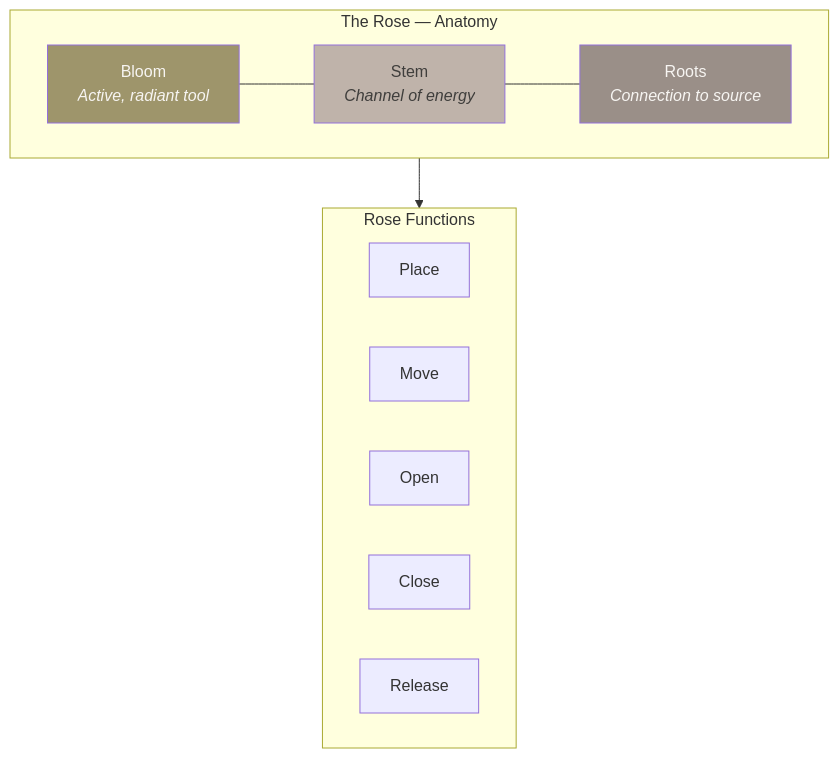
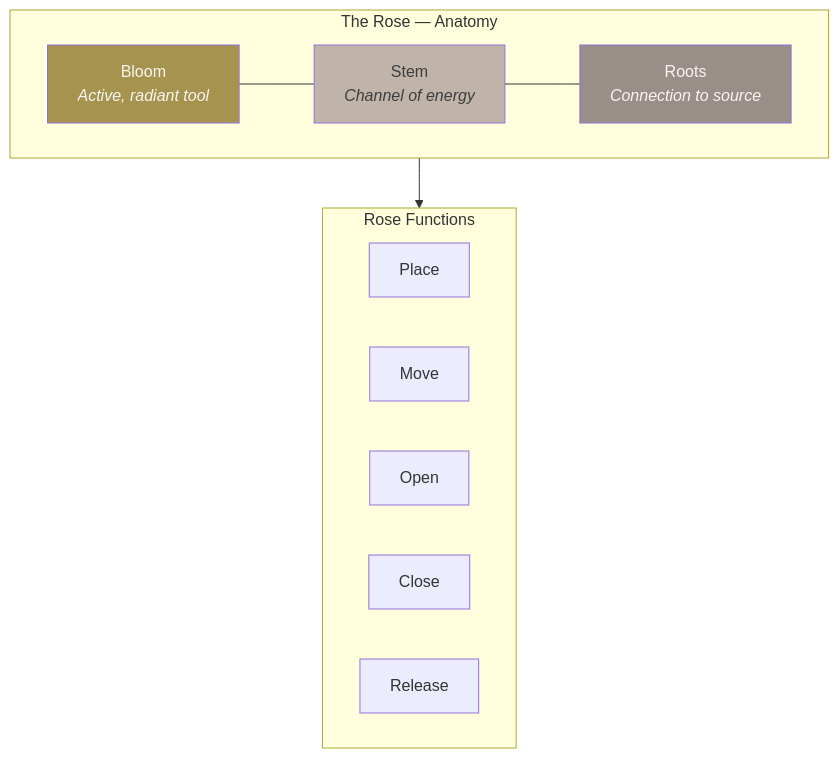
One commit to Light-Brands/roses-os changed the ninth of 28 diagrams in docs/brand-dna.md. Above: the diagram before and after it, drawn with Mermaid. The commit also changed other lines of this file and 1 other file, not shown here.

````diff
--- a/docs/brand-dna.md
+++ b/docs/brand-dna.md
@@ -477,19 +477,19 @@
 ```mermaid
 graph TD
     subgraph ROSE["The Rose — Anatomy"]
         BLOOM["Bloom<br/><i>Active, radiant tool</i>"]
         STEM["Stem<br/><i>Channel of energy</i>"]
         ROOTS["Roots<br/><i>Connection to source</i>"]
         BLOOM --- STEM --- ROOTS
     end
 
     subgraph FUNCTIONS["Rose Functions"]
         PL["Place"] & MV["Move"] & OP["Open"] & CL["Close"] & RL["Release"]
     end
 
     ROSE --> FUNCTIONS
 
-    style BLOOM fill:#9E956B,color:#F7F5F2
+    style BLOOM fill:#A6944E,color:#F7F5F2
     style STEM fill:#BFB3AA,color:#3F3E3C
     style ROOTS fill:#9A8F88,color:#F7F5F2
 ```
````
